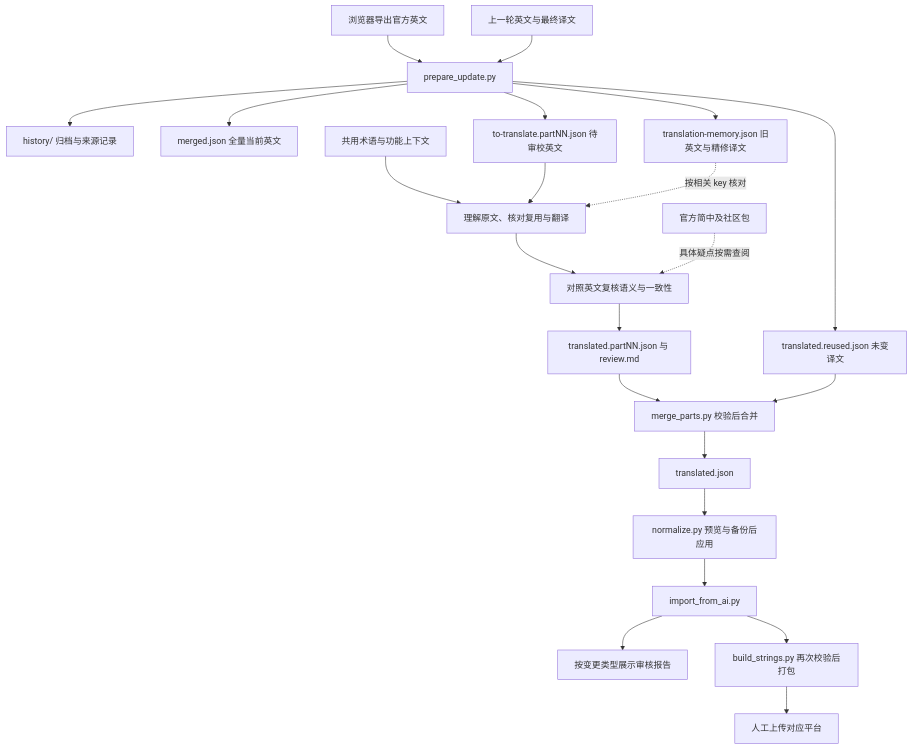
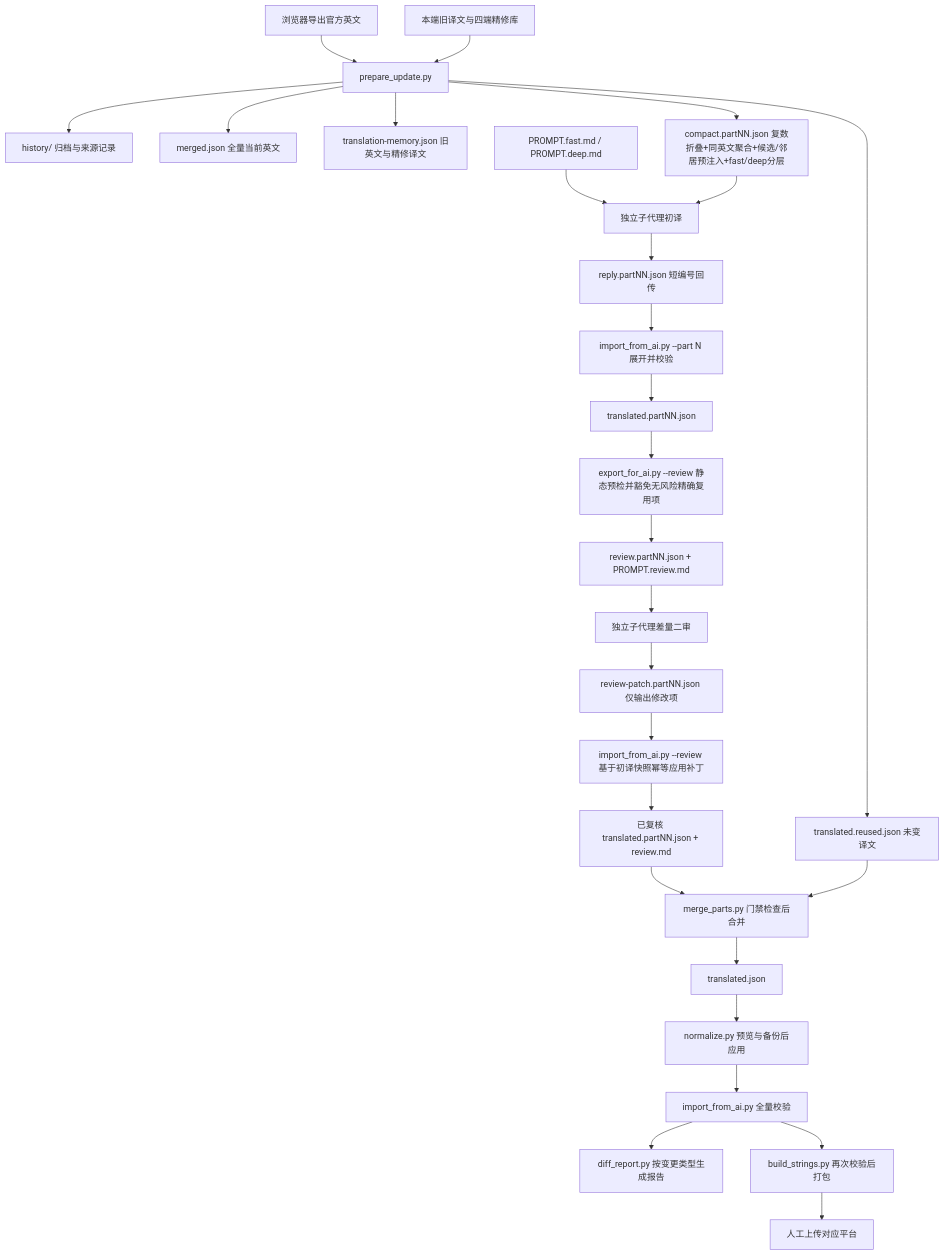
The diagram in docs/01-architecture.md (lainbo/tg-lang-zh-hans-refine), drawn with Mermaid before and after one commit. The commit also changed other lines of this file and 12 other files, not shown here.

````diff
--- a/docs/01-architecture.md
+++ b/docs/01-architecture.md
@@ -13,24 +13,29 @@
 ```mermaid
 flowchart TD
     Download[浏览器导出官方英文] --> Prepare[prepare_update.py]
-    Current[上一轮英文与最终译文] --> Prepare
+    Current[本端旧译文与四端精修库] --> Prepare
     Prepare --> History[history/ 归档与来源记录]
     Prepare --> Merged[merged.json 全量当前英文]
-    Prepare --> Input[to-translate.partNN.json 待审校英文]
+    Prepare --> Reused[translated.reused.json 未变译文]
     Prepare --> Memory[translation-memory.json 旧英文与精修译文]
-    Prepare --> Reused[translated.reused.json 未变译文]
-    Style[共用术语与功能上下文] --> Draft[理解原文、核对复用与翻译]
-    Input --> Draft
-    Draft --> Review[对照英文复核语义与一致性]
-    Memory -.按相关 key 核对.-> Draft
-    Reference[官方简中及社区包] -.具体疑点按需查阅.-> Review
-    Review --> Parts[translated.partNN.json 与 review.md]
-    Parts --> Merge[merge_parts.py 校验后合并]
+    Prepare --> Compact[compact.partNN.json 复数折叠+同英文聚合+候选/邻居预注入+fast/deep分层]
+    Style[PROMPT.fast.md / PROMPT.deep.md] --> Subagent[独立子代理初译]
+    Compact --> Subagent
+    Subagent --> Reply[reply.partNN.json 短编号回传]
+    Reply --> Expand[import_from_ai.py --part N 展开并校验]
+    Expand --> TransPart[translated.partNN.json]
+    TransPart --> ExportRev[export_for_ai.py --review 静态预检并豁免无风险精确复用项]
+    ExportRev --> RevPack[review.partNN.json + PROMPT.review.md]
+    RevPack --> RevAgent[独立子代理差量二审]
+    RevAgent --> Patch[review-patch.partNN.json 仅输出修改项]
+    Patch --> ApplyRev[import_from_ai.py --review 基于初译快照幂等应用补丁]
+    ApplyRev --> PartsOK[已复核 translated.partNN.json + review.md]
+    PartsOK --> Merge[merge_parts.py 门禁检查后合并]
     Reused --> Merge
     Merge --> Final[translated.json]
     Final --> Normalize[normalize.py 预览与备份后应用]
-    Normalize --> Validate[import_from_ai.py]
-    Validate --> Report[按变更类型展示审核报告]
+    Normalize --> Validate[import_from_ai.py 全量校验]
+    Validate --> Report[diff_report.py 按变更类型生成报告]
     Validate --> Build[build_strings.py 再次校验后打包]
     Build --> Upload[人工上传对应平台]
 ```
````
